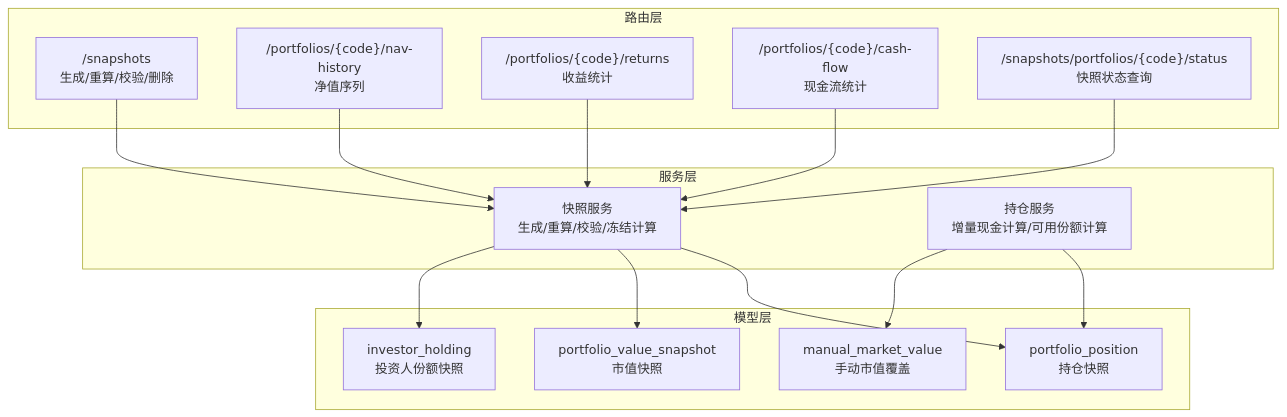
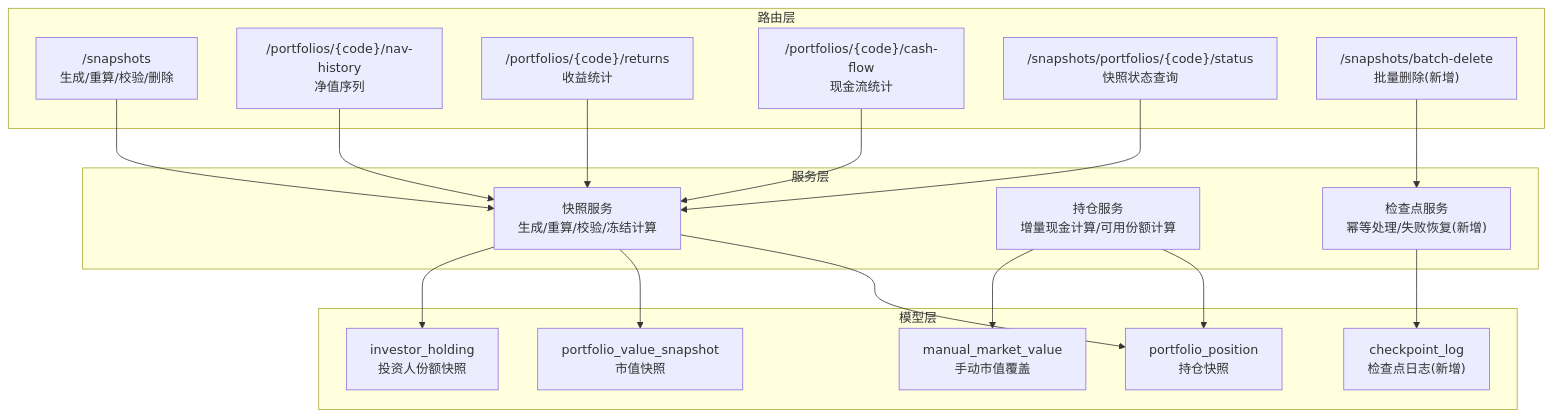
One commit to gujialind/InvestRing changed the first of 9 diagrams in .qoder/repowiki/zh/content/后端API文档/快照系统API.md. Above: the diagram before and after it, drawn with Mermaid. The commit also changed other lines of this file and 15 other files, not shown here.

````diff
--- a/.qoder/repowiki/zh/content/后端API文档/快照系统API.md
+++ b/.qoder/repowiki/zh/content/后端API文档/快照系统API.md
@@ -57,30 +58,35 @@
 ```mermaid
 graph TB
 subgraph "路由层"
 R1["/snapshots<br/>生成/重算/校验/删除"]
 R2["/portfolios/{code}/nav-history<br/>净值序列"]
 R3["/portfolios/{code}/returns<br/>收益统计"]
 R4["/portfolios/{code}/cash-flow<br/>现金流统计"]
 R5["/snapshots/portfolios/{code}/status<br/>快照状态查询"]
+R6["/snapshots/batch-delete<br/>批量删除(新增)"]
 end
 subgraph "服务层"
 S1["快照服务<br/>生成/重算/校验/冻结计算"]
 S2["持仓服务<br/>增量现金计算/可用份额计算"]
+S3["检查点服务<br/>幂等处理/失败恢复(新增)"]
 end
 subgraph "模型层"
 M1["portfolio_position<br/>持仓快照"]
 M2["portfolio_value_snapshot<br/>市值快照"]
 M3["investor_holding<br/>投资人份额快照"]
 M4["manual_market_value<br/>手动市值覆盖"]
+M5["checkpoint_log<br/>检查点日志(新增)"]
 end
 R1 --> S1
 R2 --> S1
 R3 --> S1
 R4 --> S1
 R5 --> S1
+R6 --> S3
 S1 --> M1
 S1 --> M2
 S1 --> M3
 S2 --> M1
 S2 --> M4
+S3 --> M5
 ```
````
